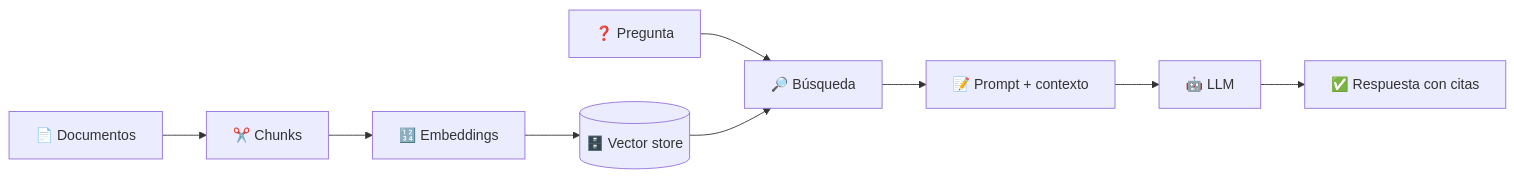
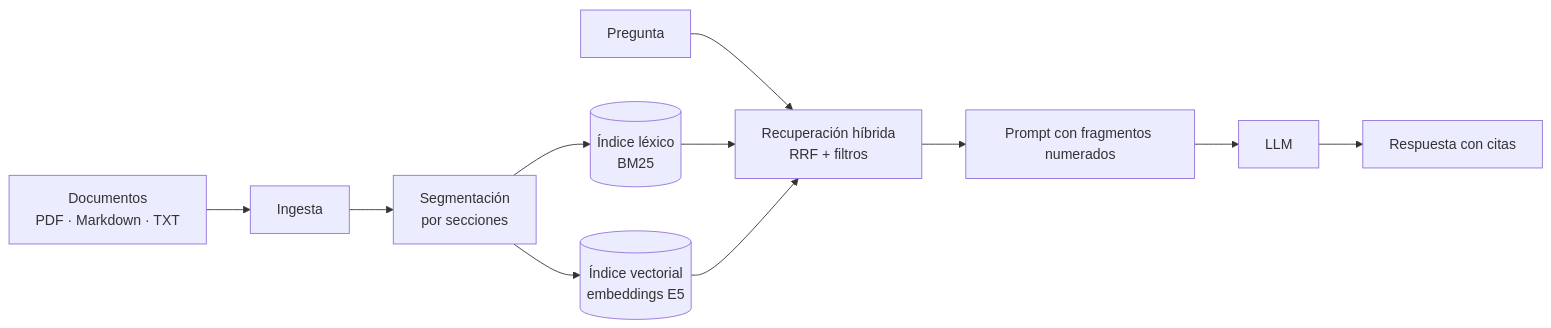
The diagram in README.md (Andres-DLT/fundamenta-rag), drawn with Mermaid before and after one commit. The commit also changed other lines of this file and 56 other files, not shown here.

````diff
--- a/README.md
+++ b/README.md
@@ -14,6 +115,10 @@
 ```mermaid
 flowchart LR
-    A[📄 Documentos] --> B[✂️ Chunks] --> C[🔢 Embeddings] --> D[(🗄️ Vector store)]
-    Q[❓ Pregunta] --> E[🔎 Búsqueda]
-    D --> E --> F[📝 Prompt + contexto] --> G[🤖 LLM] --> H[✅ Respuesta con citas]
+    A[Documentos<br/>PDF · Markdown · TXT] --> B[Ingesta] --> C[Segmentación<br/>por secciones]
+    C --> D[(Índice léxico<br/>BM25)]
+    C --> E[(Índice vectorial<br/>embeddings E5)]
+    Q[Pregunta] --> R[Recuperación híbrida<br/>RRF + filtros]
+    D --> R
+    E --> R
+    R --> P[Prompt con fragmentos numerados] --> L[LLM] --> S[Respuesta con citas]
 ```
````
